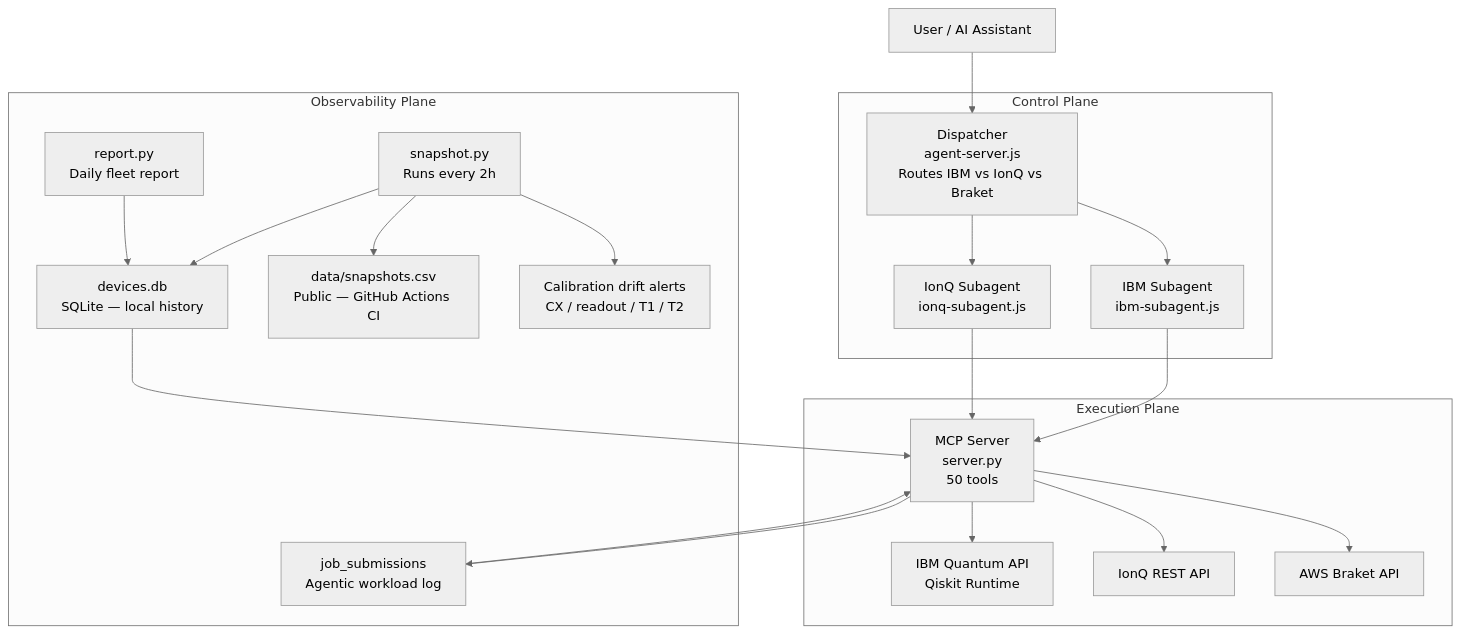
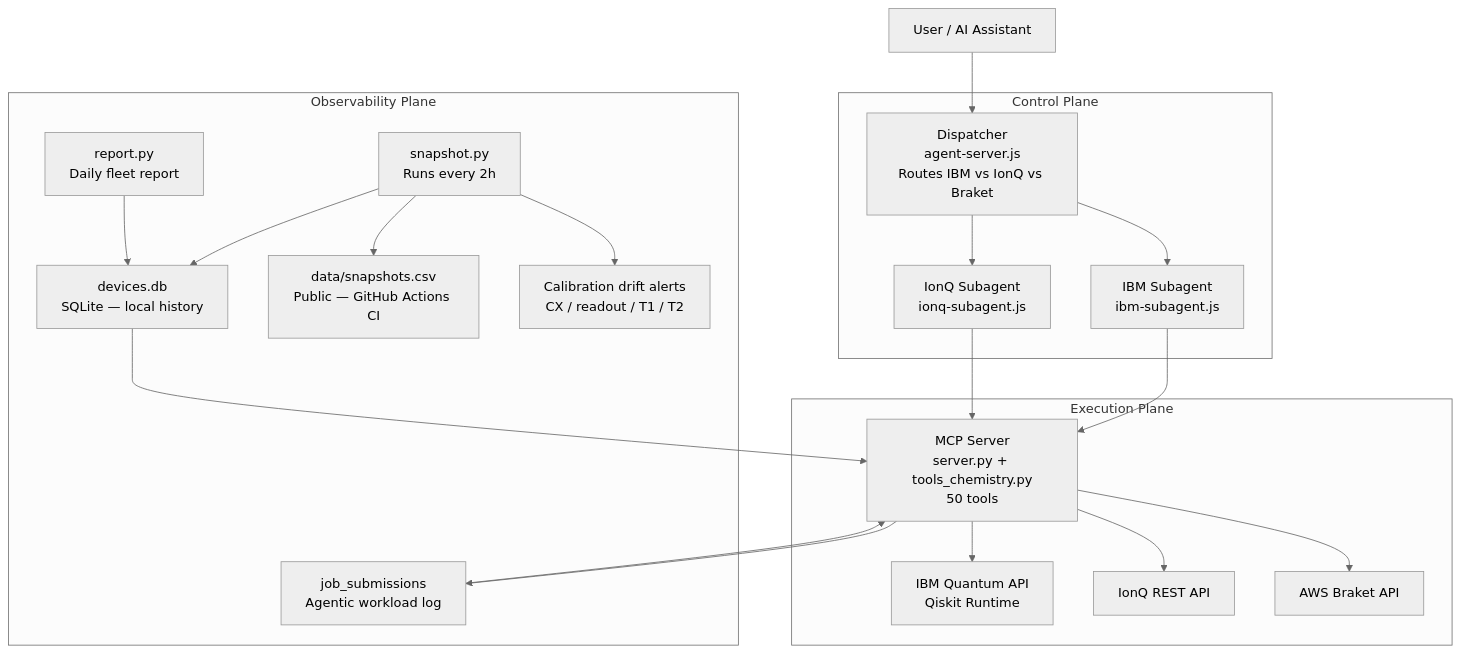
One commit to Lokesh-2025/quantum-hardware-mcp changed the diagram in README.md. Above: the diagram before and after it, drawn with Mermaid (neutral theme). The commit also changed other lines of this file, not shown here.

Commit message:
Document the split in the README project structure and architecture diagram

````diff
--- a/README.md
+++ b/README.md
@@ -62,42 +62,42 @@
 ```mermaid
 graph TD
     User["User / AI Assistant"]
 
     subgraph Control Plane
         Dispatcher["Dispatcher\nagent-server.js\nRoutes IBM vs IonQ vs Braket"]
         IBMAgent["IBM Subagent\nibm-subagent.js"]
         IonQAgent["IonQ Subagent\nionq-subagent.js"]
     end
 
     subgraph Execution Plane
-        MCP["MCP Server\nserver.py\n50 tools"]
+        MCP["MCP Server\nserver.py + tools_chemistry.py\n50 tools"]
         IBMAPI["IBM Quantum API\nQiskit Runtime"]
         IonQAPI["IonQ REST API"]
         BraketAPI["AWS Braket API"]
     end
 
     subgraph Observability Plane
         Snapshot["snapshot.py\nRuns every 2h"]
         DB["devices.db\nSQLite — local history"]
         CSV["data/snapshots.csv\nPublic — GitHub Actions CI"]
         Jobs["job_submissions\nAgentic workload log"]
         Report["report.py\nDaily fleet report"]
         Alerts["Calibration drift alerts\nCX / readout / T1 / T2"]
     end
 
     User --> Dispatcher
     Dispatcher --> IBMAgent
     Dispatcher --> IonQAgent
     IBMAgent --> MCP
     IonQAgent --> MCP
     MCP --> IBMAPI
     MCP --> IonQAPI
     MCP --> BraketAPI
     Snapshot --> DB
     Snapshot --> CSV
     Snapshot --> Alerts
     MCP --> Jobs
     DB --> MCP
     Jobs --> MCP
     Report --> DB
 ```
````
